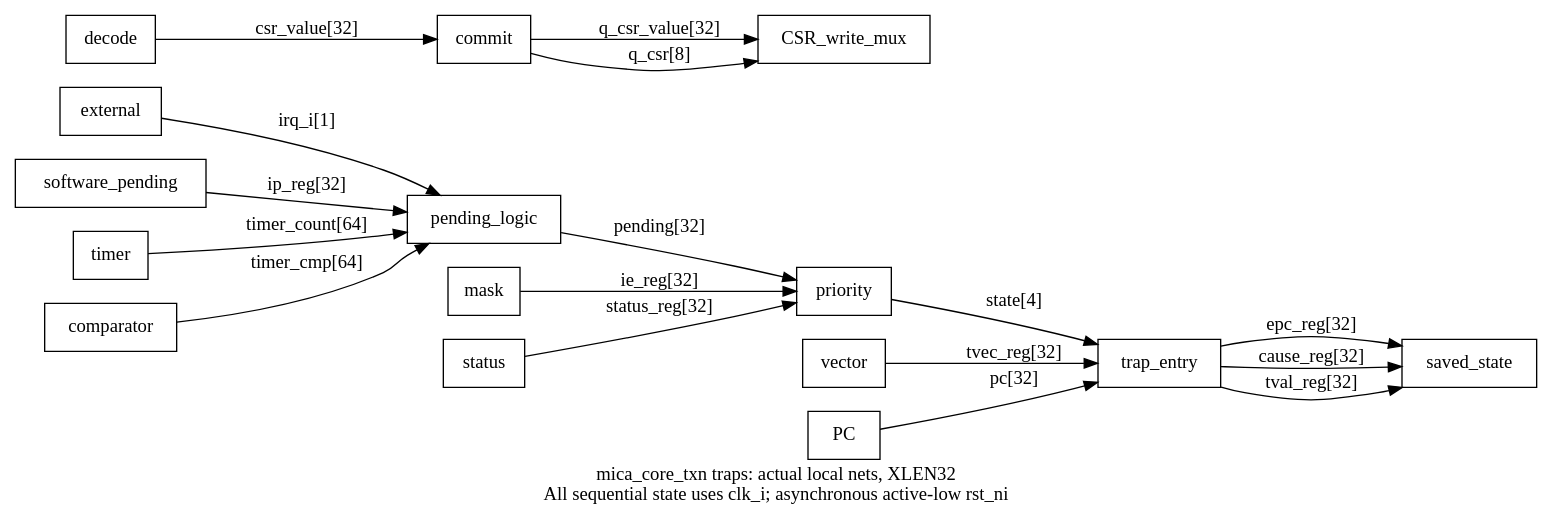
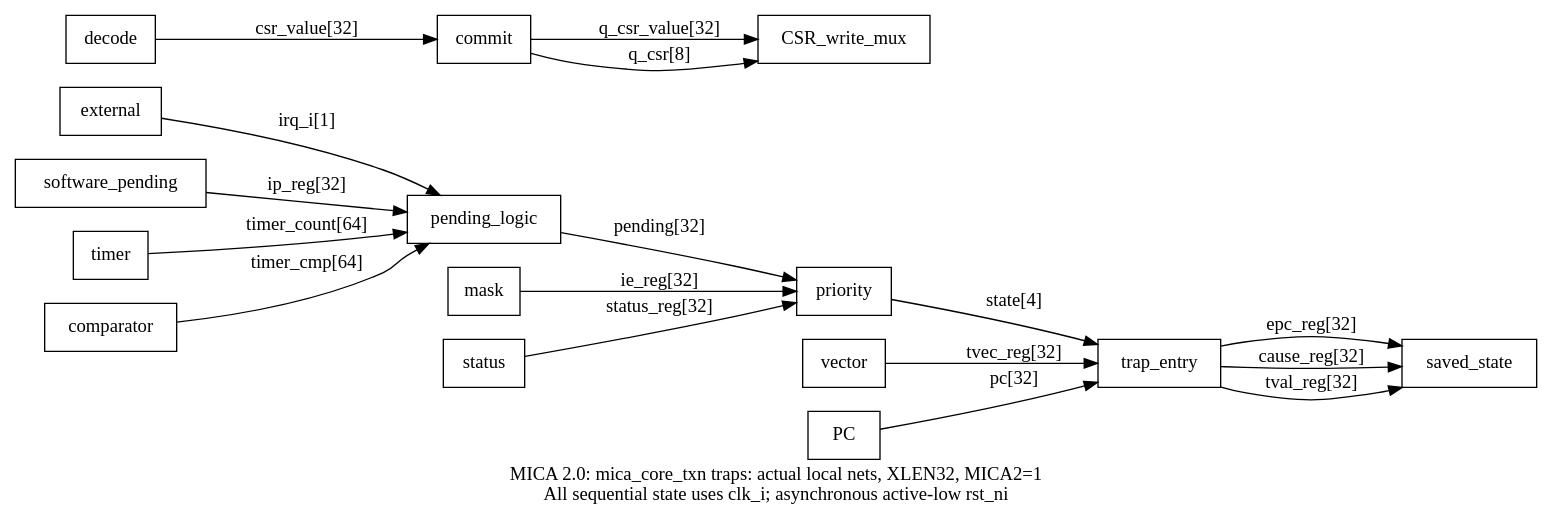
One commit to RobertFlexx/MICA changed the diagram in schematics/current/traps.dot. Above: the diagram before and after it, drawn with Graphviz. The commit also changed 321 other files, not shown here.

```diff
--- a/schematics/current/traps.dot
+++ b/schematics/current/traps.dot
@@ -1,18 +1,18 @@
-digraph traps {rankdir=LR;label="mica_core_txn traps: actual local nets, XLEN32\nAll sequential state uses clk_i; asynchronous active-low rst_ni";node[shape=box];
+digraph traps {rankdir=LR;label="MICA 2.0: mica_core_txn traps: actual local nets, XLEN32, MICA2=1\nAll sequential state uses clk_i; asynchronous active-low rst_ni";node[shape=box];
 external->pending_logic[label="irq_i[1]"];
 software_pending->pending_logic[label="ip_reg[32]"];
 timer->pending_logic[label="timer_count[64]"];
 comparator->pending_logic[label="timer_cmp[64]"];
 pending_logic->priority[label="pending[32]"];
 mask->priority[label="ie_reg[32]"];
 status->priority[label="status_reg[32]"];
 priority->trap_entry[label="state[4]"];
 vector->trap_entry[label="tvec_reg[32]"];
 PC->trap_entry[label="pc[32]"];
 trap_entry->saved_state[label="epc_reg[32]"];
 trap_entry->saved_state[label="cause_reg[32]"];
 trap_entry->saved_state[label="tval_reg[32]"];
 decode->commit[label="csr_value[32]"];
 commit->CSR_write_mux[label="q_csr_value[32]"];
 commit->CSR_write_mux[label="q_csr[8]"];
 }
```
